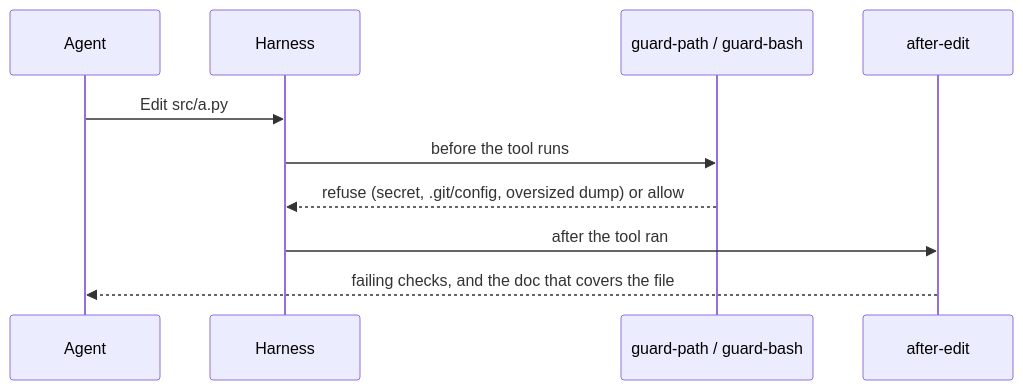
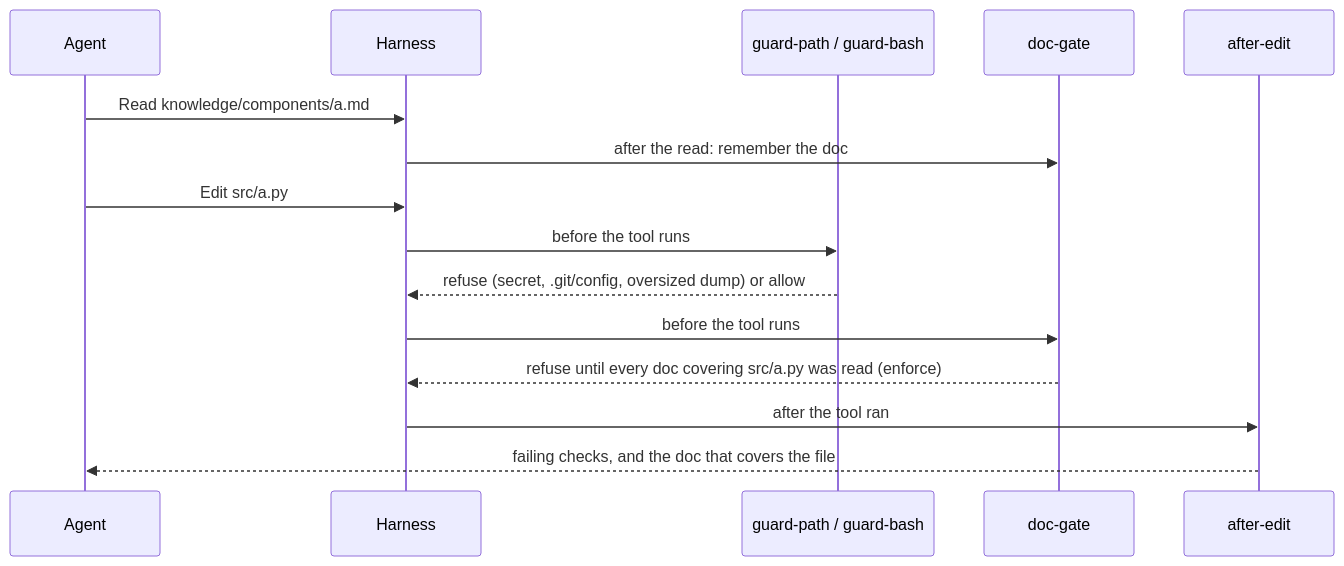
Before and after one commit to OualidGuennif/aeion-factory: the second of 3 diagrams in knowledge/components/template-architecture.md, drawn with Mermaid. The commit also changed other lines of this file and 15 other files, not shown here.

````diff
--- a/knowledge/components/template-architecture.md
+++ b/knowledge/components/template-architecture.md
@@ -129,12 +130,17 @@
 ```mermaid
 sequenceDiagram
     participant A as Agent
     participant H as Harness
     participant G as guard-path / guard-bash
+    participant D as doc-gate
     participant E as after-edit
+    A->>H: Read knowledge/components/a.md
+    H->>D: after the read: remember the doc
     A->>H: Edit src/a.py
     H->>G: before the tool runs
     G-->>H: refuse (secret, .git/config, oversized dump) or allow
+    H->>D: before the tool runs
+    D-->>H: refuse until every doc covering src/a.py was read (enforce)
     H->>E: after the tool ran
     E-->>A: failing checks, and the doc that covers the file
 ```
````
